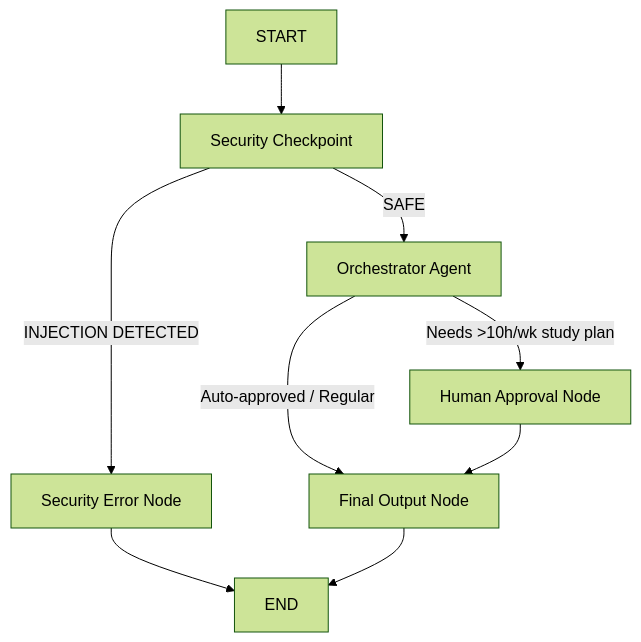
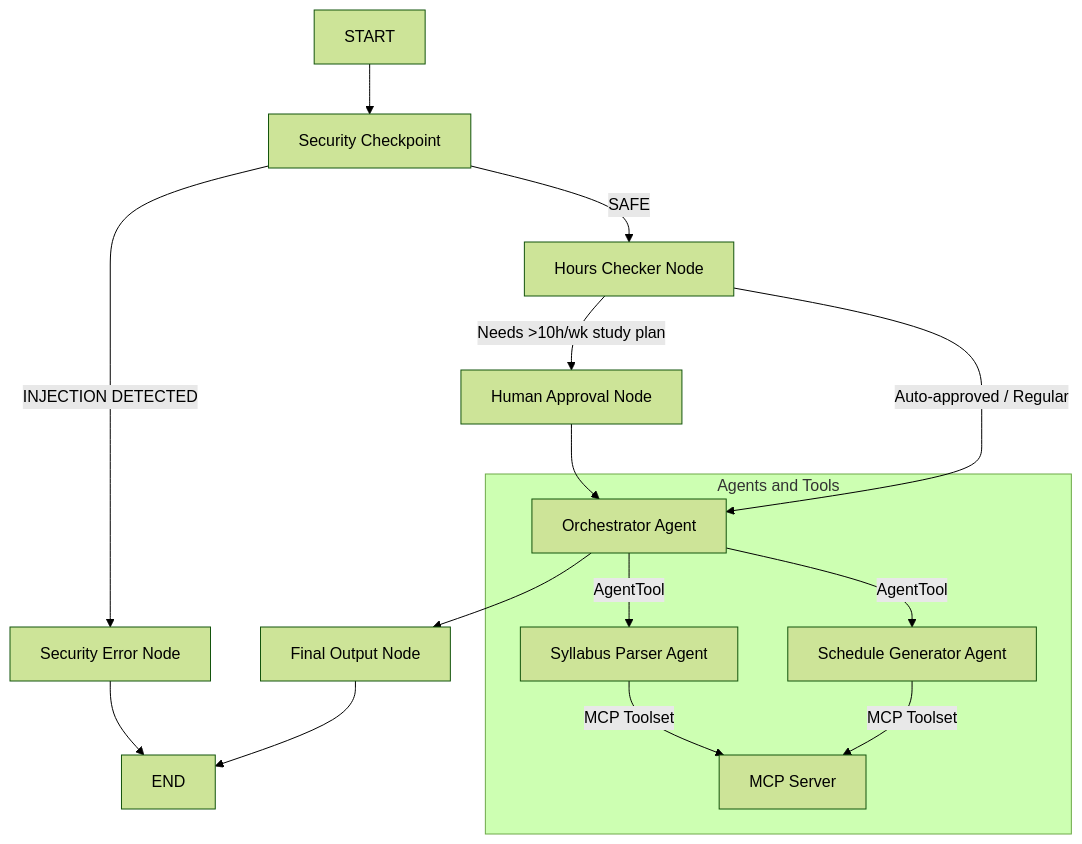
Before and after one commit to thanmaisripoola-sys/study-sync: the diagram in SUBMISSION_WRITEUP.md, drawn with Mermaid (forest theme). The commit also changed other lines of this file, not shown here.

Commit message:
Complete submission writeup with full ADK concepts, security design, MCP tools, HITL flow and demo walkthrough

````diff
--- a/SUBMISSION_WRITEUP.md
+++ b/SUBMISSION_WRITEUP.md
@@ -9,13 +21,21 @@
 ```mermaid
 graph TD
     START --> SecurityCheck[Security Checkpoint]
     SecurityCheck -- "INJECTION DETECTED" --> SecurityError[Security Error Node]
-    SecurityCheck -- "SAFE" --> Orchestrator[Orchestrator Agent]
-    
-    Orchestrator -- "Needs >10h/wk study plan" --> HumanApproval[Human Approval Node]
-    Orchestrator -- "Auto-approved / Regular" --> FinalOutput[Final Output Node]
-    
-    HumanApproval --> FinalOutput
+    SecurityCheck -- "SAFE" --> HoursChecker[Hours Checker Node]
+
+    HoursChecker -- "Needs >10h/wk study plan" --> HumanApproval[Human Approval Node]
+    HoursChecker -- "Auto-approved / Regular" --> Orchestrator[Orchestrator Agent]
+
+    HumanApproval --> Orchestrator
+    Orchestrator --> FinalOutput[Final Output Node]
     SecurityError --> END
     FinalOutput --> END
+
+    subgraph Agents and Tools
+        Orchestrator -- "AgentTool" --> SyllabusParser[Syllabus Parser Agent]
+        Orchestrator -- "AgentTool" --> ScheduleGenerator[Schedule Generator Agent]
+        SyllabusParser -- "MCP Toolset" --> MCPServer[MCP Server]
+        ScheduleGenerator -- "MCP Toolset" --> MCPServer
+    end
 ```
````
